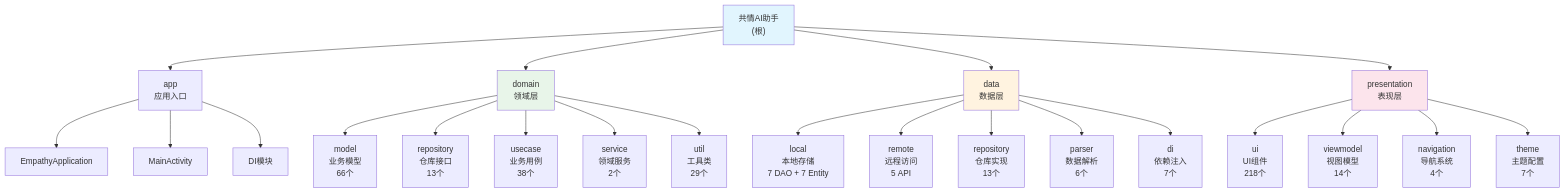
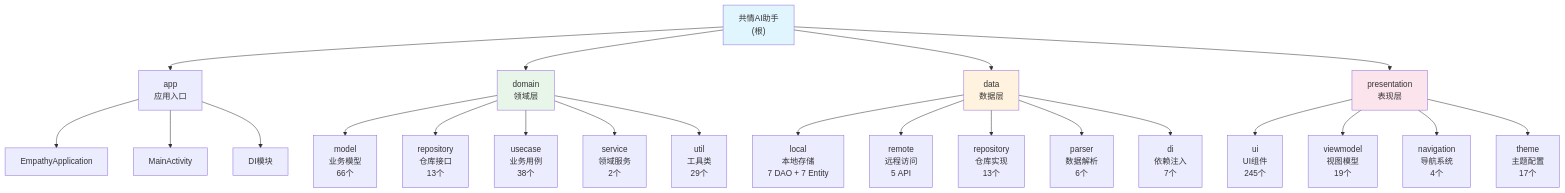
One commit to ZeroPointSix/empathize-with-others changed the diagram in CLAUDE.md. Above: the diagram before and after it, drawn with Mermaid. The commit also changed other lines of this file and 58 other files, not shown here.

````diff
--- a/CLAUDE.md
+++ b/CLAUDE.md
@@ -80,38 +81,38 @@
 ```mermaid
 graph TD
     A["共情AI助手<br/>(根)"] --> B["app<br/>应用入口"]
     A --> C["domain<br/>领域层"]
     A --> D["data<br/>数据层"]
     A --> E["presentation<br/>表现层"]
 
     B --> B1["EmpathyApplication"]
     B --> B2["MainActivity"]
     B --> B3["DI模块"]
 
     C --> C1["model<br/>业务模型<br/>66个"]
     C --> C2["repository<br/>仓库接口<br/>13个"]
     C --> C3["usecase<br/>业务用例<br/>38个"]
     C --> C4["service<br/>领域服务<br/>2个"]
     C --> C5["util<br/>工具类<br/>29个"]
 
     D --> D1["local<br/>本地存储<br/>7 DAO + 7 Entity"]
     D --> D2["remote<br/>远程访问<br/>5 API"]
     D --> D3["repository<br/>仓库实现<br/>13个"]
     D --> D4["parser<br/>数据解析<br/>6个"]
     D --> D5["di<br/>依赖注入<br/>7个"]
 
-    E --> E1["ui<br/>UI组件<br/>218个"]
-    E --> E2["viewmodel<br/>视图模型<br/>14个"]
+    E --> E1["ui<br/>UI组件<br/>245个"]
+    E --> E2["viewmodel<br/>视图模型<br/>19个"]
     E --> E3["navigation<br/>导航系统<br/>4个"]
-    E --> E4["theme<br/>主题配置<br/>7个"]
+    E --> E4["theme<br/>主题配置<br/>17个"]
 
     style A fill:#e1f5fe
     style C fill:#e8f5e9
     style D fill:#fff3e0
     style E fill:#fce4ec
 
     click C "./domain/CLAUDE.md" "查看 domain 模块文档"
     click D "./data/CLAUDE.md" "查看 data 模块文档"
     click E "./presentation/CLAUDE.md" "查看 presentation 模块文档"
     click B "app/src/main/java/com/empathy/ai/app/CLAUDE.md" "查看 app 模块文档"
 ```
````
